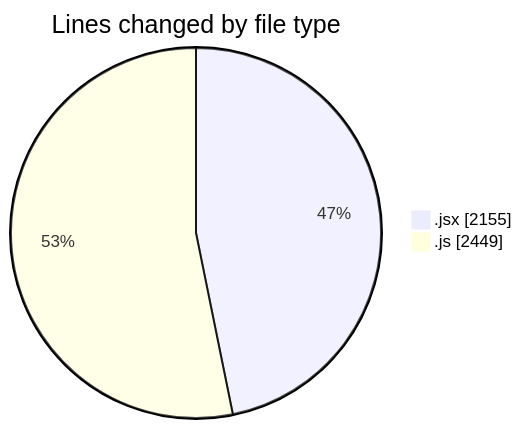
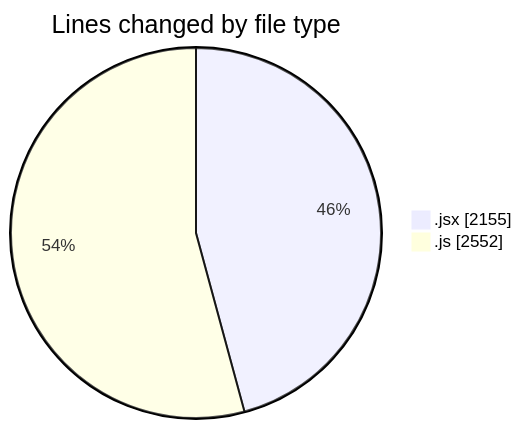
Before and after one commit to nxtqubesakshisongat/code-tracking: the first of 2 diagrams in 2025-07-30/nxtqube_webapp/README.md, drawn with Mermaid. The commit also changed other lines of this file and 1 other file, not shown here.

````diff
--- a/2025-07-30/nxtqube_webapp/README.md
+++ b/2025-07-30/nxtqube_webapp/README.md
@@ -27,6 +28,6 @@
 ```mermaid
 pie showData
 title Lines changed by file type
 ".jsx" : 2155
-".js" : 2449
+".js" : 2552
 ```
````
